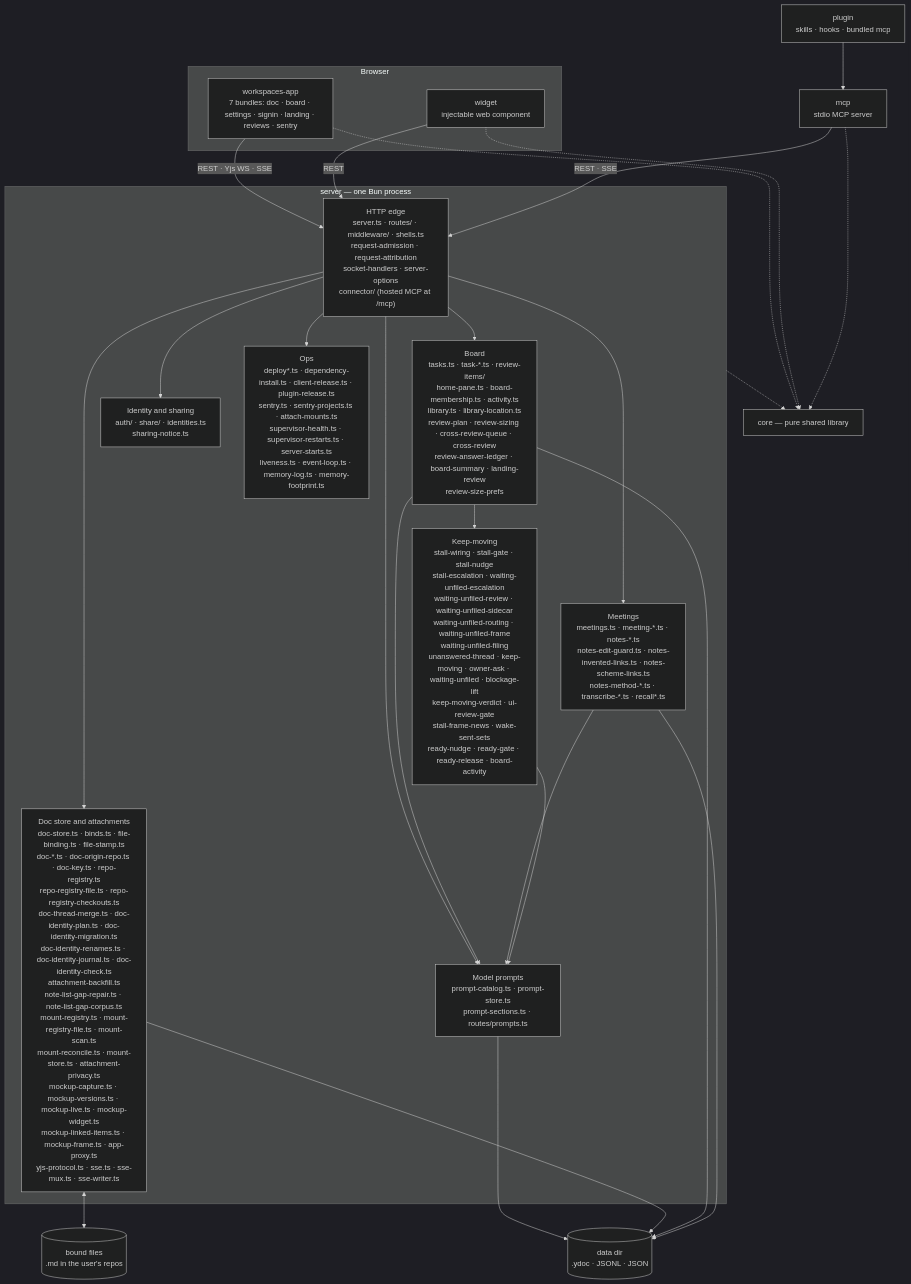
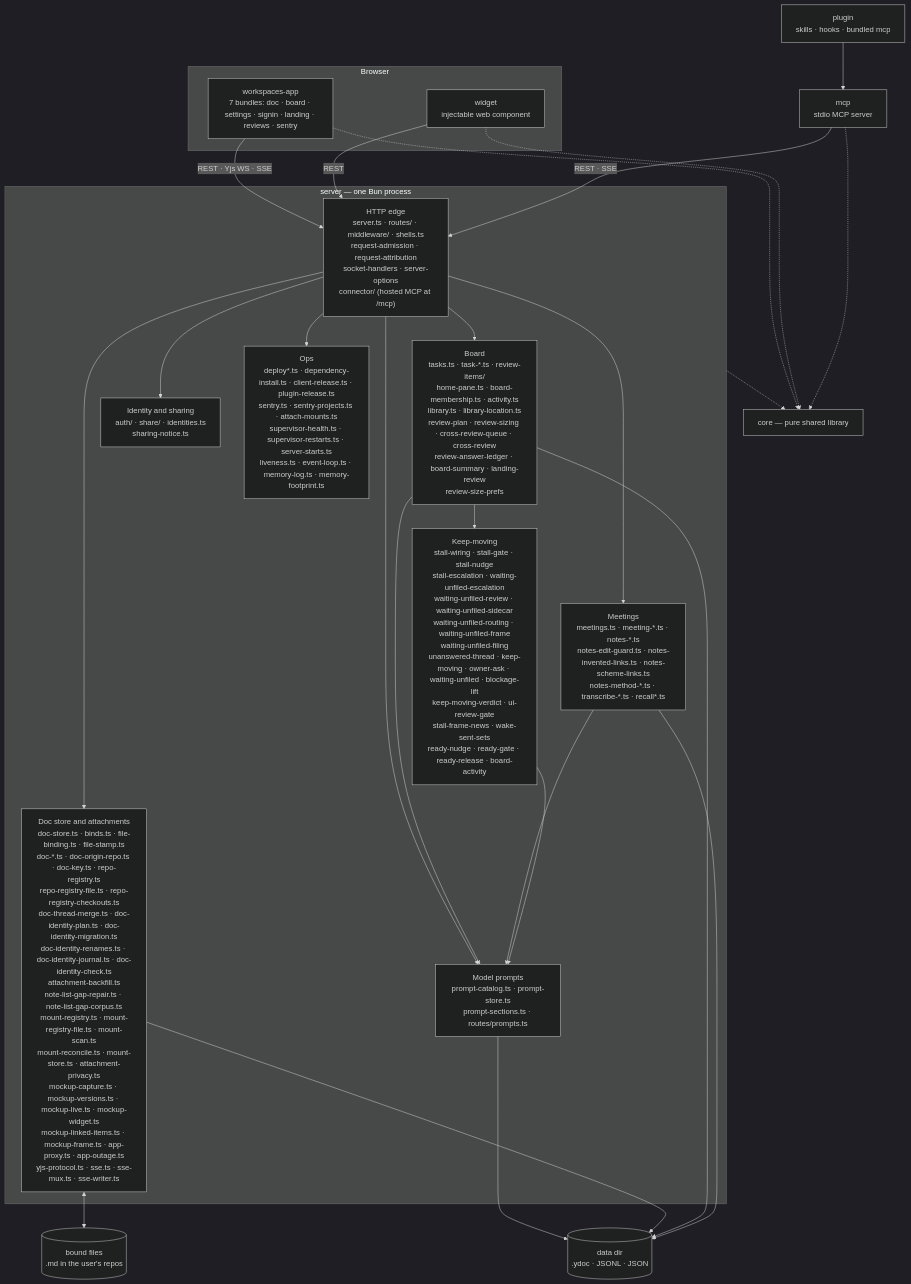
One commit to fryanpan/claude-workspaces-plugin changed the first of 2 diagrams in docs/architecture/overview.md. Above: the diagram before and after it, drawn with Mermaid (dark theme). The commit also changed other lines of this file and 15 other files, not shown here.

````diff
--- a/docs/architecture/overview.md
+++ b/docs/architecture/overview.md
@@ -45,35 +45,35 @@
 ```mermaid
 flowchart TB
   subgraph browser[Browser]
     app["workspaces-app<br/>7 bundles: doc · board · settings · signin · landing · reviews · sentry"]
     wid["widget<br/>injectable web component"]
   end
   plug["plugin<br/>skills · hooks · bundled mcp"]
   mcp["mcp<br/>stdio MCP server"]
   subgraph srv["server — one Bun process"]
     edge["HTTP edge<br/>server.ts · routes/ · middleware/ · shells.ts<br/>request-admission · request-attribution<br/>socket-handlers · server-options<br/>connector/ (hosted MCP at /mcp)"]
-    docs["Doc store and attachments<br/>doc-store.ts · binds.ts · file-binding.ts · file-stamp.ts<br/>doc-*.ts · doc-origin-repo.ts · doc-key.ts · repo-registry.ts<br/>repo-registry-file.ts · repo-registry-checkouts.ts<br/>doc-thread-merge.ts · doc-identity-plan.ts · doc-identity-migration.ts<br/>doc-identity-renames.ts · doc-identity-journal.ts · doc-identity-check.ts<br/>attachment-backfill.ts<br/>note-list-gap-repair.ts · note-list-gap-corpus.ts<br/>mount-registry.ts · mount-registry-file.ts · mount-scan.ts<br/>mount-reconcile.ts · mount-store.ts · attachment-privacy.ts<br/>mockup-capture.ts · mockup-versions.ts · mockup-live.ts · mockup-widget.ts<br/>mockup-linked-items.ts · mockup-frame.ts · app-proxy.ts<br/>yjs-protocol.ts · sse.ts · sse-mux.ts · sse-writer.ts"]
+    docs["Doc store and attachments<br/>doc-store.ts · binds.ts · file-binding.ts · file-stamp.ts<br/>doc-*.ts · doc-origin-repo.ts · doc-key.ts · repo-registry.ts<br/>repo-registry-file.ts · repo-registry-checkouts.ts<br/>doc-thread-merge.ts · doc-identity-plan.ts · doc-identity-migration.ts<br/>doc-identity-renames.ts · doc-identity-journal.ts · doc-identity-check.ts<br/>attachment-backfill.ts<br/>note-list-gap-repair.ts · note-list-gap-corpus.ts<br/>mount-registry.ts · mount-registry-file.ts · mount-scan.ts<br/>mount-reconcile.ts · mount-store.ts · attachment-privacy.ts<br/>mockup-capture.ts · mockup-versions.ts · mockup-live.ts · mockup-widget.ts<br/>mockup-linked-items.ts · mockup-frame.ts · app-proxy.ts · app-outage.ts<br/>yjs-protocol.ts · sse.ts · sse-mux.ts · sse-writer.ts"]
     board["Board<br/>tasks.ts · task-*.ts · review-items/<br/>home-pane.ts · board-membership.ts · activity.ts<br/>library.ts · library-location.ts<br/>review-plan · review-sizing · cross-review-queue · cross-review<br/>review-answer-ledger · board-summary · landing-review<br/>review-size-prefs"]
     meet["Meetings<br/>meetings.ts · meeting-*.ts · notes-*.ts<br/>notes-edit-guard.ts · notes-invented-links.ts · notes-scheme-links.ts<br/>notes-method-*.ts · transcribe-*.ts · recall*.ts"]
     keep["Keep-moving<br/>stall-wiring · stall-gate · stall-nudge<br/>stall-escalation · waiting-unfiled-escalation<br/>waiting-unfiled-review · waiting-unfiled-sidecar<br/>waiting-unfiled-routing · waiting-unfiled-frame<br/>waiting-unfiled-filing<br/>unanswered-thread · keep-moving · owner-ask · waiting-unfiled · blockage-lift<br/>keep-moving-verdict · ui-review-gate<br/>stall-frame-news · wake-sent-sets<br/>ready-nudge · ready-gate · ready-release · board-activity"]
     ident["Identity and sharing<br/>auth/ · share/ · identities.ts<br/>sharing-notice.ts"]
     prompts["Model prompts<br/>prompt-catalog.ts · prompt-store.ts<br/>prompt-sections.ts · routes/prompts.ts"]
     ops["Ops<br/>deploy*.ts · dependency-install.ts · client-release.ts · plugin-release.ts<br/>sentry.ts · sentry-projects.ts · attach-mounts.ts<br/>supervisor-health.ts · supervisor-restarts.ts · server-starts.ts<br/>liveness.ts · event-loop.ts · memory-log.ts · memory-footprint.ts"]
   end
   core["core — pure shared library"]
   disk[("data dir<br/>.ydoc · JSONL · JSON")]
   files[("bound files<br/>.md in the user's repos")]
 
   app -->|"REST · Yjs WS · SSE"| edge
   wid -->|REST| edge
   plug --> mcp
   mcp -->|"REST · SSE"| edge
   edge --> docs & board & meet & ident & ops & prompts
   board & meet & keep --> prompts
   prompts --> disk
   board --> keep
   docs <--> files
   docs & board & meet --> disk
   app & wid & mcp -.-> core
   srv -.-> core
 ```
````
